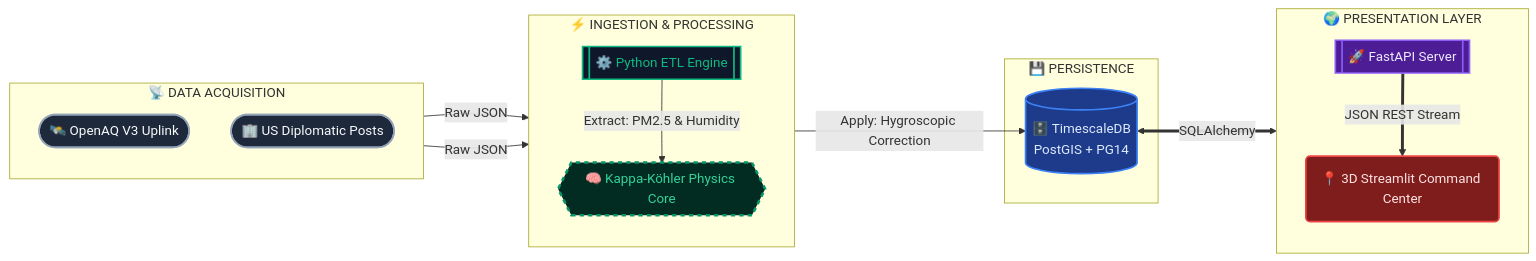
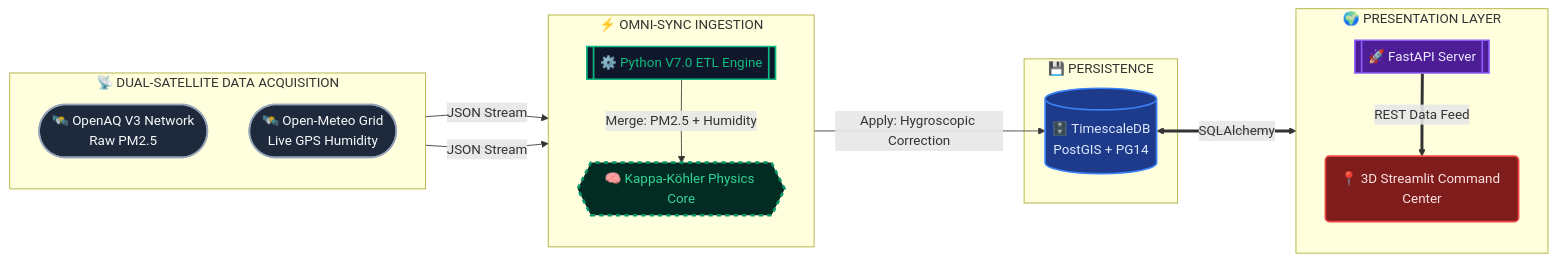
The diagram in README.md (Arjo216/Purifine-Ultra-Core), drawn with Mermaid before and after one commit. The commit also changed other lines of this file and 6 other files, not shown here.

Commit message:
finalize V7.0 Omni-Sync engine, live Open-Meteo weather integration, and updated docs

````diff
--- a/README.md
+++ b/README.md
@@ -33,40 +32,40 @@
 ```mermaid
 flowchart LR
     %% Custom Cyberpunk/Pro Styling
     classDef source fill:#1E293B,stroke:#94A3B8,stroke-width:2px,color:#F8FAFC,rx:5px,ry:5px
     classDef engine fill:#0F172A,stroke:#10B981,stroke-width:2px,color:#10B981,rx:5px,ry:5px
     classDef physics fill:#022C22,stroke:#059669,stroke-width:3px,color:#34D399,stroke-dasharray: 5 5
     classDef db fill:#1E3A8A,stroke:#3B82F6,stroke-width:2px,color:#DBEAFE
     classDef api fill:#4C1D95,stroke:#8B5CF6,stroke-width:2px,color:#EDE9FE,rx:5px,ry:5px
     classDef ui fill:#7F1D1D,stroke:#EF4444,stroke-width:2px,color:#FEE2E2,rx:5px,ry:5px
 
-    subgraph Acquisition [📡 DATA ACQUISITION]
+    subgraph Acquisition [📡 DUAL-SATELLITE DATA ACQUISITION]
         direction TB
-        S1([🛰️ OpenAQ V3 Uplink]):::source
-        S2([🏢 US Diplomatic Posts]):::source
+        S1([🛰️ OpenAQ V3 Network<br>Raw PM2.5]):::source
+        S2([🛰️ Open-Meteo Grid<br>Live GPS Humidity]):::source
     end
 
-    subgraph Pipeline [⚡ INGESTION & PROCESSING]
+    subgraph Pipeline [⚡ OMNI-SYNC INGESTION]
         direction TB
-        IE[[⚙️ Python ETL Engine]]:::engine
+        IE[[⚙️ Python V7.0 ETL Engine]]:::engine
         PE{{🧠 Kappa-Köhler Physics Core}}:::physics
     end
 
     subgraph Storage [💾 PERSISTENCE]
         DB[(🗄️ TimescaleDB<br/>PostGIS + PG14)]:::db
     end
 
     subgraph Client [🌍 PRESENTATION LAYER]
         direction TB
         API[[🚀 FastAPI Server]]:::api
         UI(📍 3D Streamlit Command Center):::ui
     end
 
     %% Routing and Data Flow
-    S1 -- Raw JSON --> IE
-    S2 -- Raw JSON --> IE
-    IE -- "Extract: PM2.5 & Humidity" --> PE
+    S1 -- JSON Stream --> IE
+    S2 -- JSON Stream --> IE
+    IE -- "Merge: PM2.5 + Humidity" --> PE
     PE -- "Apply: Hygroscopic Correction" --> DB
     DB <== "SQLAlchemy" ==> API
-    API == "JSON REST Stream" ==> UI
+    API == "REST Data Feed" ==> UI
 ```
````
